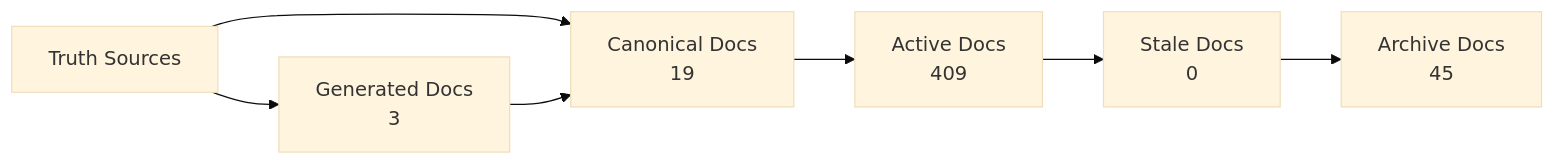
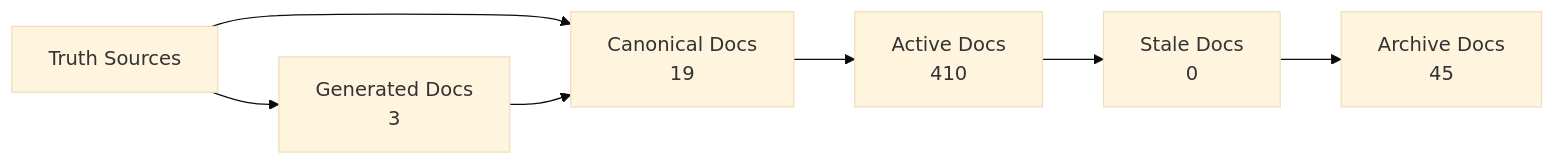
One commit to Latimer-Woods-Tech/Factory changed the diagram in docs/_generated/docs-trust-map.md. Above: the diagram before and after it, drawn with Mermaid (base theme). The commit also changed 4 other files, not shown here.

````diff
--- a/docs/_generated/docs-trust-map.md
+++ b/docs/_generated/docs-trust-map.md
@@ -20,14 +20,14 @@
 ```mermaid
 flowchart LR
   truth["Truth Sources"] --> canonical["Canonical Docs"]
   canonical --> active["Active Docs"]
   active --> stale["Stale Docs"]
   stale --> archive["Archive Docs"]
   canonical["Canonical Docs\n19"]
-  active["Active Docs\n409"]
+  active["Active Docs\n410"]
   stale["Stale Docs\n0"]
   archive["Archive Docs\n45"]
   generated["Generated Docs\n3"]
   truth --> generated
   generated --> canonical
 ```
````
